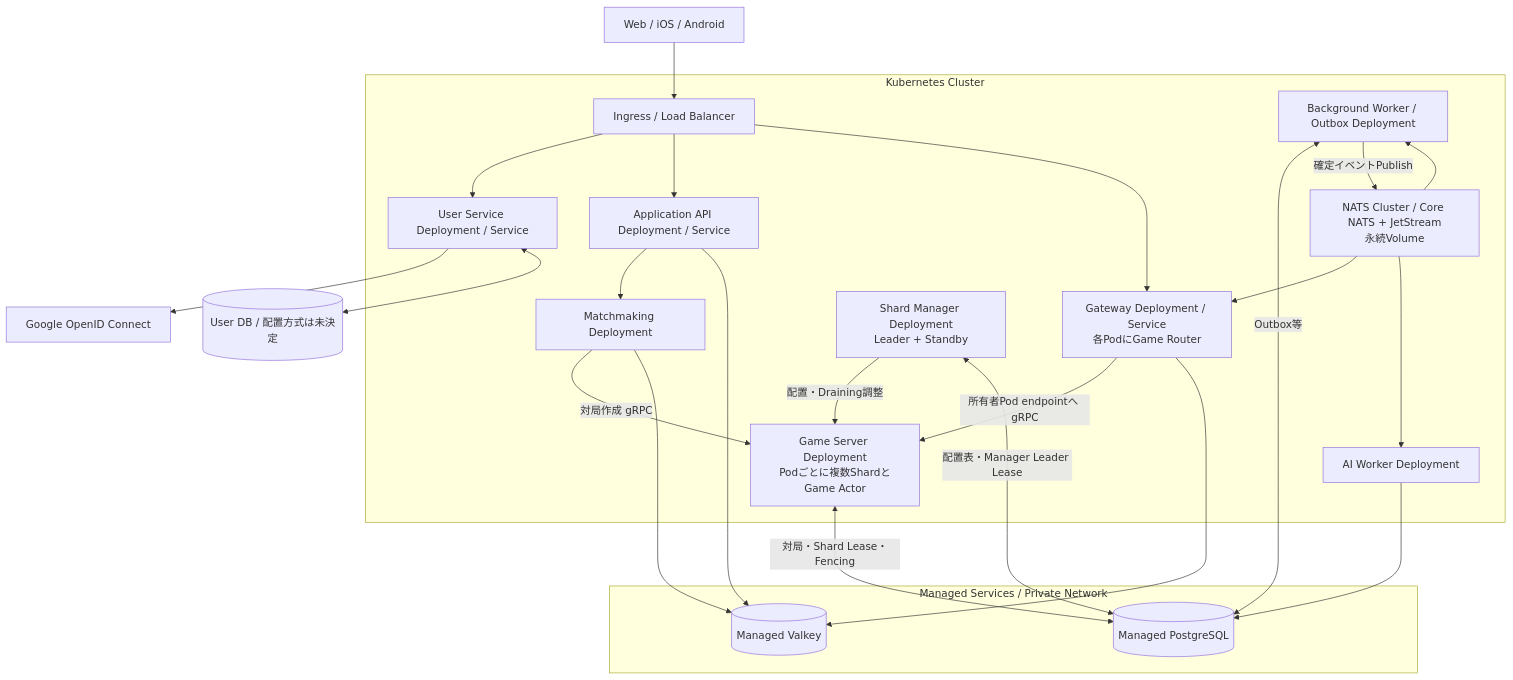
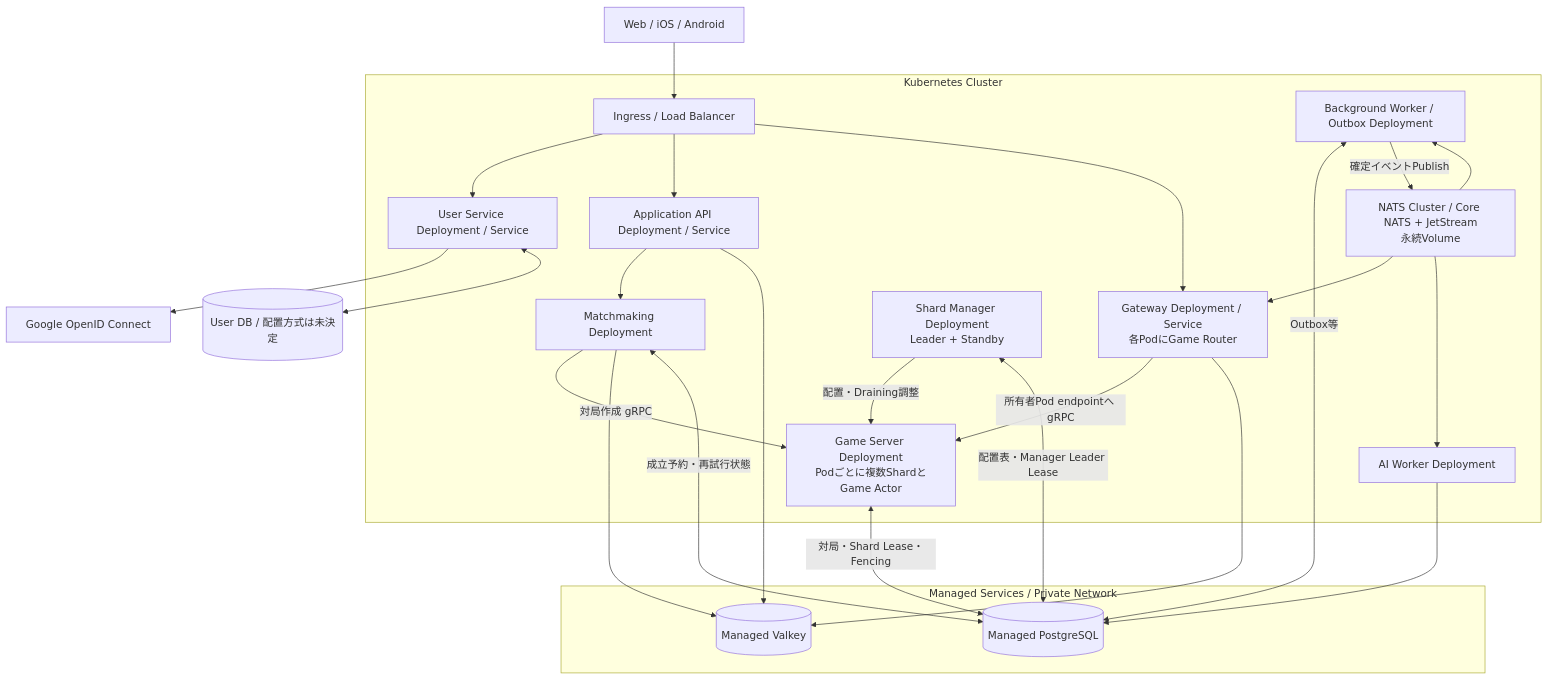
One commit to take44444/shogi-backend changed the sixth of 6 diagrams in docs/design/architecture.md. Above: the diagram before and after it, drawn with Mermaid. The commit also changed other lines of this file, not shown here.

Commit message:
Review and update architecture

````diff
--- a/docs/design/architecture.md
+++ b/docs/design/architecture.md
@@ -536,36 +584,37 @@
 ```mermaid
 flowchart TB
   CLIENT[Web / iOS / Android] --> INGRESS[Ingress / Load Balancer]
   subgraph K8S[Kubernetes Cluster]
     INGRESS --> USER[User Service Deployment / Service]
     INGRESS --> API[Application API Deployment / Service]
     INGRESS --> GW[Gateway Deployment / Service<br/>各PodにGame Router]
     MATCH[Matchmaking Deployment]
     GAME[Game Server Deployment<br/>Podごとに複数ShardとGame Actor]
     SM[Shard Manager Deployment<br/>Leader + Standby]
     AI[AI Worker Deployment]
     BG[Background Worker / Outbox Deployment]
     NATS[NATS Cluster / Core NATS + JetStream<br/>永続Volume]
     GW -->|所有者Pod endpointへ gRPC| GAME
     API --> MATCH
     MATCH -->|対局作成 gRPC| GAME
     SM -->|配置・Draining調整| GAME
     NATS --> GW
     NATS --> AI
     NATS --> BG
   end
   subgraph MANAGED[Managed Services / Private Network]
     VALKEY[(Managed Valkey)]
     PG[(Managed PostgreSQL)]
   end
   GW --> VALKEY
   API --> VALKEY
   MATCH --> VALKEY
+  MATCH <-->|成立予約・再試行状態| PG
   SM <-->|配置表・Manager Leader Lease| PG
   GAME <-->|対局・Shard Lease・Fencing| PG
   BG <-->|Outbox等| PG
   BG -->|確定イベントPublish| NATS
   AI --> PG
   USER --> GOOGLE[Google OpenID Connect]
   USER <--> USERDB[(User DB / 配置方式は未決定)]
 ```
````
